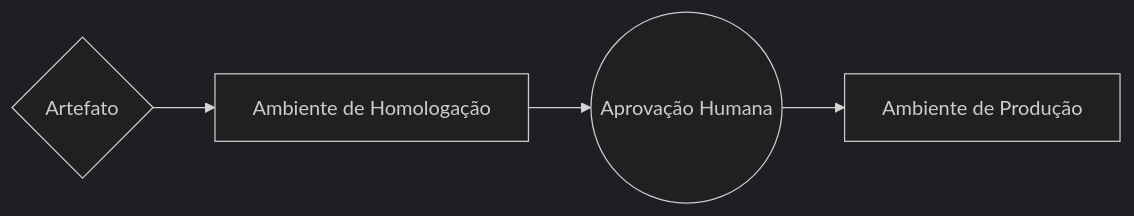
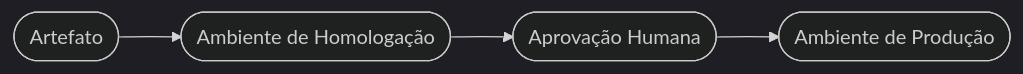
One commit to ricardotecpro/ads_mod_13_devops_e_cloud changed the diagram in docs/aulas/aula-06.md. Above: the diagram before and after it, drawn with Mermaid (dark theme). The commit also changed other lines of this file and 66 other files, not shown here.

````diff
--- a/docs/aulas/aula-06.md
+++ b/docs/aulas/aula-06.md
@@ -23,6 +23,6 @@
 ```mermaid
 graph LR
-    Artifact{Artefato} --> Staging[Ambiente de Homologação]
-    Staging --> Manual((Aprovação Humana))
-    Manual --> Prod[Ambiente de Produção]
+    Artifact(["Artefato"]) --> Staging(["Ambiente de Homologação"])
+    Staging --> Manual(["Aprovação Humana"])
+    Manual --> Prod(["Ambiente de Produção"])
 ```
````
